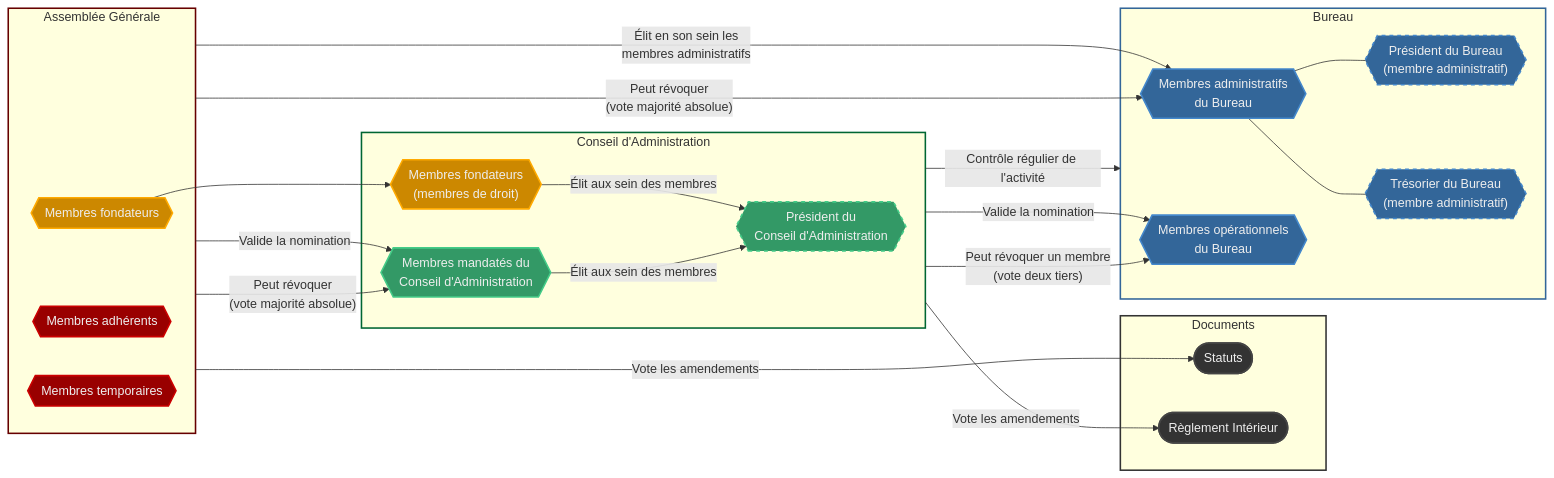
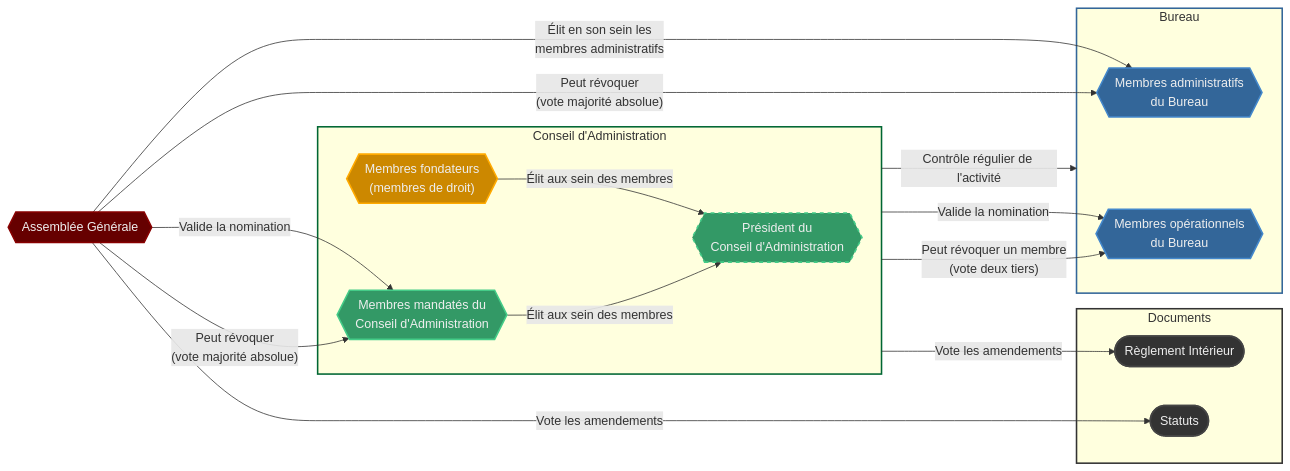
Before and after one commit to matiboux/FluffEvent-association-documents: the diagram in Instances.md, drawn with Mermaid.

Commit message:
Simplify Instances graph

```diff
--- a/Instances.md
+++ b/Instances.md
@@ -4,14 +4,9 @@
 graph LR
 
 AG{{"Assemblée Générale"}}
-AGF{{"Membres fondateurs"}}
-AGA{{"Membres adhérents"}}
-AGT{{"Membres temporaires"}}
 
 BU{{"Bureau"}}
 BUA{{"Membres administratifs<br>du Bureau"}}
-BUP{{"Président du Bureau<br>(membre administratif)"}}
-BUT{{"Trésorier du Bureau<br>(membre administratif)"}}
 BUM{{"Membres opérationnels<br>du Bureau"}}
 
 CA{{"Conseil d'Administration"}}
@@ -22,12 +17,6 @@
 Statuts([Statuts])
 Reglement([Règlement Intérieur])
 
-subgraph AG[Assemblée Générale]
-  AGF
-  AGA
-  AGT
-end
-
 subgraph Docs[Documents]
   Statuts
   Reglement
@@ -35,8 +24,6 @@
 
 subgraph BU[Bureau]
   BUA
-  BUP
-  BUT
   BUM
 end
 
@@ -46,14 +33,9 @@
   CAM
 end
 
-AGF --> CAF
-
 AG -->|"Élit en son sein les<br>membres administratifs"| BUA
 AG -->|"Peut révoquer<br>(vote majorité absolue)"| BUA
 
-BUA --- BUP
-BUA --- BUT
- 
 AG -->|"Valide la nomination"| CAM
 AG -->|"Peut révoquer<br>(vote majorité absolue)"| CAM
 
@@ -67,15 +49,10 @@
 AG -->|"Vote les amendements"| Statuts
 CA -->|"Vote les amendements"| Reglement
 
-style AG stroke:#600,stroke-width:2px
-style AGF fill:#c80,color:#eee,stroke:#fa0,stroke-width:2px
-style AGA fill:#900,color:#eee,stroke:#c00,stroke-width:2px
-style AGT fill:#900,color:#eee,stroke:#c00,stroke-width:2px
+style AG fill:#600,color:#eee,stroke:#800,stroke-width:2px
 
 style BU stroke:#369,stroke-width:2px
 style BUA fill:#369,color:#eee,stroke:#48c,stroke-width:2px
-style BUP fill:#369,color:#eee,stroke:#48c,stroke-width:2px,stroke-dasharray: 5 5
-style BUT fill:#369,color:#eee,stroke:#48c,stroke-width:2px,stroke-dasharray: 5 5
 style BUM fill:#369,color:#eee,stroke:#48c,stroke-width:2px
 
 style CA stroke:#063,stroke-width:2px
```
